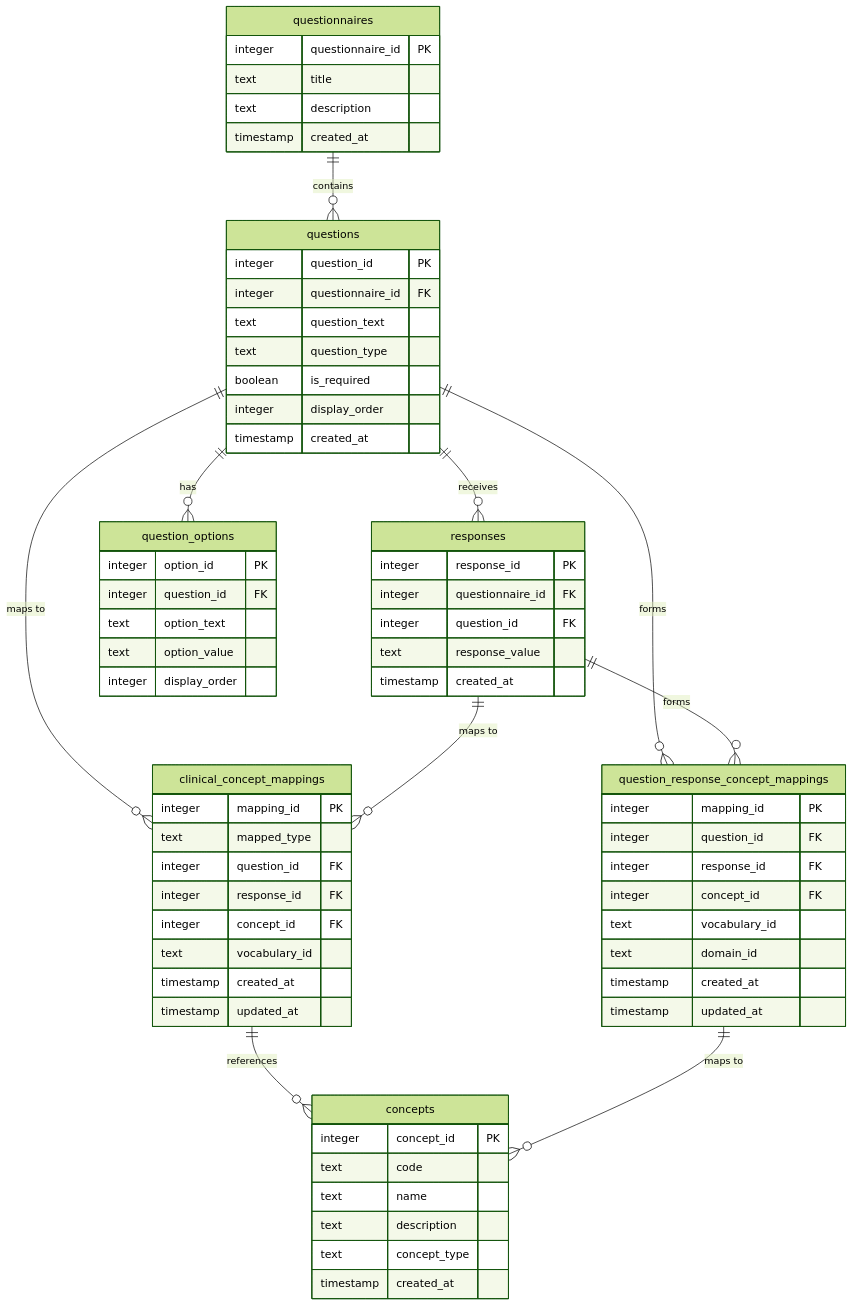
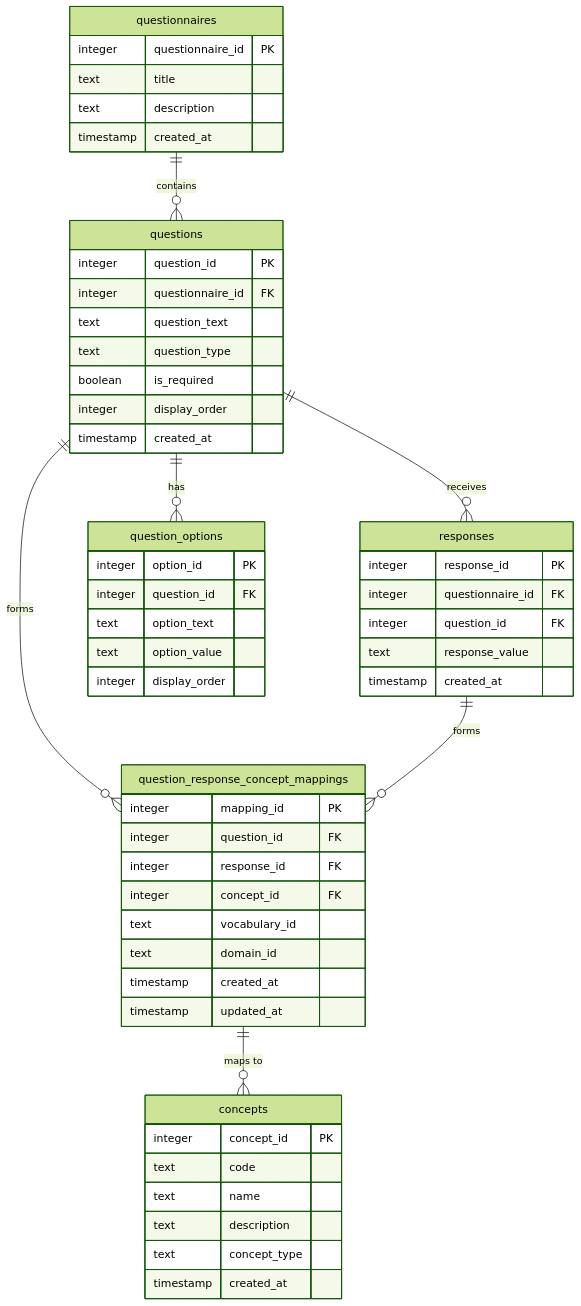
Before and after one commit to jacobmpeters/questSQL: the second of 2 diagrams in README.md, drawn with Mermaid (forest theme). The commit also changed other lines of this file and 4 other files, not shown here.

Commit message:
Update schema to use normalized storage for grid questions and structured data. Improve SQLite compatibility and add comprehensive documentation.

````diff
--- a/README.md
+++ b/README.md
@@ -101,76 +101,62 @@
 ```mermaid
 erDiagram
     questionnaires ||--o{ questions : contains
     questions ||--o{ responses : receives
     questions ||--o{ question_options : has
-    questions ||--o{ clinical_concept_mappings : "maps to"
-    responses ||--o{ clinical_concept_mappings : "maps to"
-    clinical_concept_mappings ||--o{ concepts : "references"
     questions ||--o{ question_response_concept_mappings : "forms"
     responses ||--o{ question_response_concept_mappings : "forms"
     question_response_concept_mappings ||--o{ concepts : "maps to"
 
     questionnaires {
         integer questionnaire_id PK
         text title
         text description
         timestamp created_at
     }
 
     questions {
         integer question_id PK
         integer questionnaire_id FK
         text question_text
         text question_type
         boolean is_required
         integer display_order
         timestamp created_at
     }
 
     responses {
         integer response_id PK
         integer questionnaire_id FK
         integer question_id FK
         text response_value
         timestamp created_at
     }
 
     question_options {
         integer option_id PK
         integer question_id FK
         text option_text
         text option_value
         integer display_order
     }
 
-    clinical_concept_mappings {
-        integer mapping_id PK
-        text mapped_type
-        integer question_id FK
-        integer response_id FK
-        integer concept_id FK
-        text vocabulary_id
-        timestamp created_at
-        timestamp updated_at
-    }
-
     question_response_concept_mappings {
         integer mapping_id PK
         integer question_id FK
         integer response_id FK
         integer concept_id FK
         text vocabulary_id
         text domain_id
         timestamp created_at
         timestamp updated_at
     }
 
     concepts {
         integer concept_id PK
         text code
         text name
         text description
         text concept_type
         timestamp created_at
     }
 ```
````
